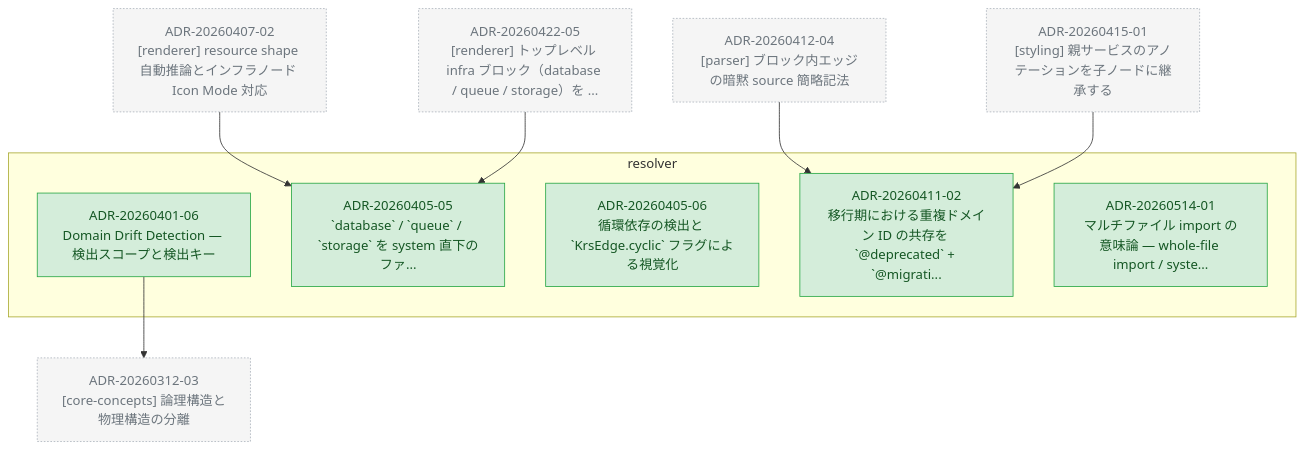
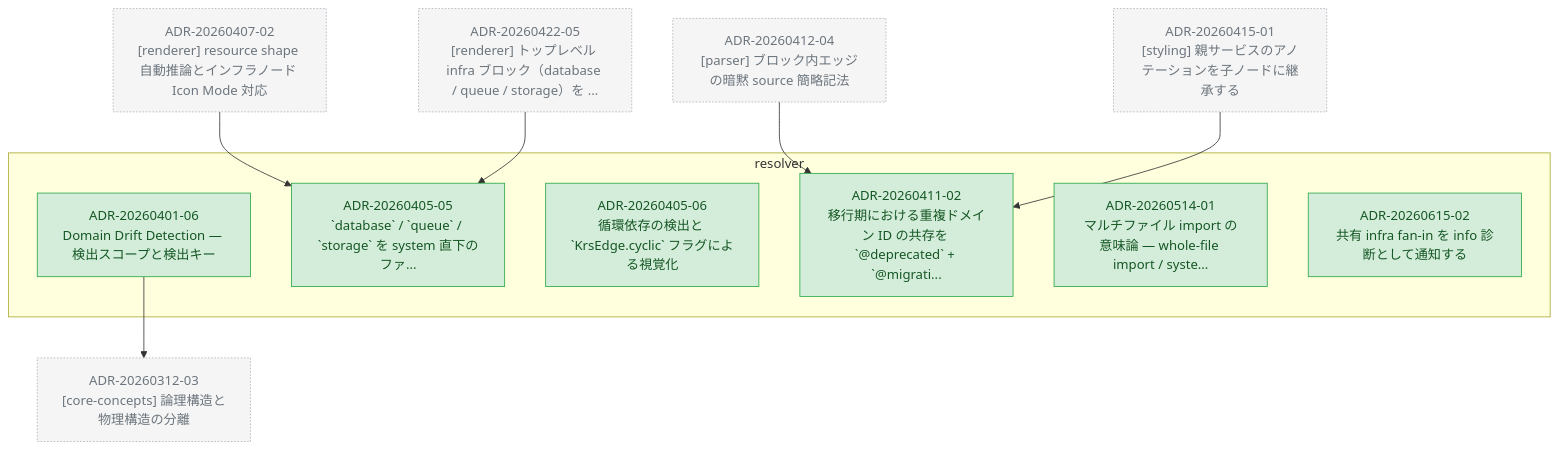
The diagram in docs/adr/graph/resolver.md (kompiro/karasu), drawn with Mermaid before and after one commit. The commit also changed other lines of this file and 4 other files, not shown here.

First line of the commit message:
docs(adr): promote shared-infra fan-in diagnostic to ADR-20260615-02

````diff
--- a/docs/adr/graph/resolver.md
+++ b/docs/adr/graph/resolver.md
@@ -6,37 +6,39 @@
 ```mermaid
 flowchart TD
   subgraph resolver["resolver"]
     ADR_20260401_06["ADR-20260401-06<br/>Domain Drift Detection — 検出スコープと検出キー"]
     ADR_20260405_05["ADR-20260405-05<br/>`database` / `queue` / `storage` を system 直下のファ..."]
     ADR_20260405_06["ADR-20260405-06<br/>循環依存の検出と `KrsEdge.cyclic` フラグによる視覚化"]
     ADR_20260411_02["ADR-20260411-02<br/>移行期における重複ドメイン ID の共存を `@deprecated` + `@migrati..."]
     ADR_20260514_01["ADR-20260514-01<br/>マルチファイル import の意味論 — whole-file import / syste..."]
+    ADR_20260615_02["ADR-20260615-02<br/>共有 infra fan-in を info 診断として通知する"]
   end
   ADR_20260312_03["ADR-20260312-03<br/>[core-concepts] 論理構造と物理構造の分離"]
   ADR_20260407_02["ADR-20260407-02<br/>[renderer] resource shape 自動推論とインフラノード Icon Mode 対応"]
   ADR_20260412_04["ADR-20260412-04<br/>[parser] ブロック内エッジの暗黙 source 簡略記法"]
   ADR_20260415_01["ADR-20260415-01<br/>[styling] 親サービスのアノテーションを子ノードに継承する"]
   ADR_20260422_05["ADR-20260422-05<br/>[renderer] トップレベル infra ブロック（database / queue / storage）を ..."]
   ADR_20260401_06 --> ADR_20260312_03
   ADR_20260407_02 --> ADR_20260405_05
   ADR_20260412_04 --> ADR_20260411_02
   ADR_20260415_01 --> ADR_20260411_02
   ADR_20260422_05 --> ADR_20260405_05
 
   classDef accepted fill:#d4edda,stroke:#28a745,color:#155724
   classDef proposed fill:#fff3cd,stroke:#ffc107,color:#856404
   classDef deprecated fill:#f8d7da,stroke:#dc3545,color:#721c24
   classDef superseded fill:#e2e3e5,stroke:#6c757d,color:#383d41
   classDef not_adopted fill:#e2e3e5,stroke:#6c757d,color:#383d41,stroke-dasharray:3 3
   classDef ghost fill:#f5f5f5,stroke:#adb5bd,color:#6c757d,stroke-dasharray:2 2
   class ADR_20260401_06 accepted
   class ADR_20260405_05 accepted
   class ADR_20260405_06 accepted
   class ADR_20260411_02 accepted
   class ADR_20260514_01 accepted
+  class ADR_20260615_02 accepted
   class ADR_20260312_03 ghost
   class ADR_20260407_02 ghost
   class ADR_20260412_04 ghost
   class ADR_20260415_01 ghost
   class ADR_20260422_05 ghost
 ```
````
